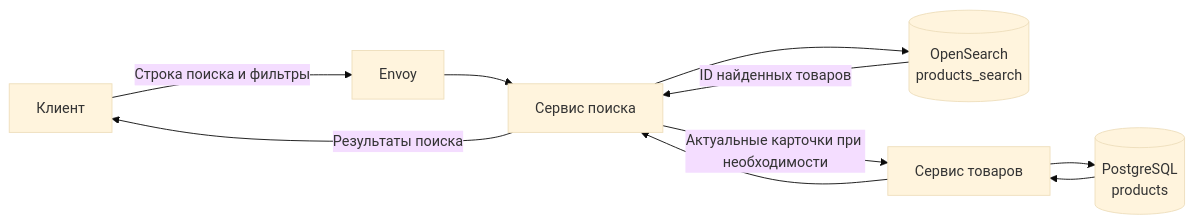
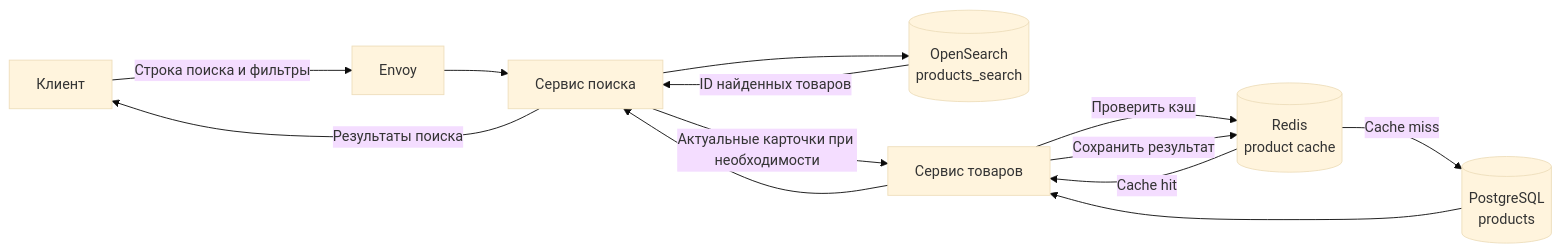
Diagram 14 of 19 in README.md (amklimenkov752/tp_highload_2026), drawn with Mermaid (base theme) before and after one commit. The commit also changed other lines of this file, not shown here.

Commit message:
[10] fix

````diff
--- a/README.md
+++ b/README.md
@@ -1599,17 +1599,21 @@
 ```mermaid
 flowchart LR
     C[Клиент]
     GW[Envoy]
     SEARCH[Сервис поиска]
     OS[(OpenSearch<br/>products_search)]
     PRODUCT[Сервис товаров]
+    CACHE[(Redis<br/>product cache)]
     PG[(PostgreSQL<br/>products)]
 
     C -->|Строка поиска и фильтры| GW --> SEARCH
     SEARCH --> OS
     OS -->|ID найденных товаров| SEARCH
     SEARCH -->|Актуальные карточки при необходимости| PRODUCT
-    PRODUCT --> PG --> PRODUCT
+    PRODUCT -->|Проверить кэш| CACHE
+    CACHE -->|Cache hit| PRODUCT
+    CACHE -->|Cache miss| PG --> PRODUCT
+    PRODUCT -->|Сохранить результат| CACHE
     PRODUCT --> SEARCH
     SEARCH -->|Результаты поиска| C
 ```
````
